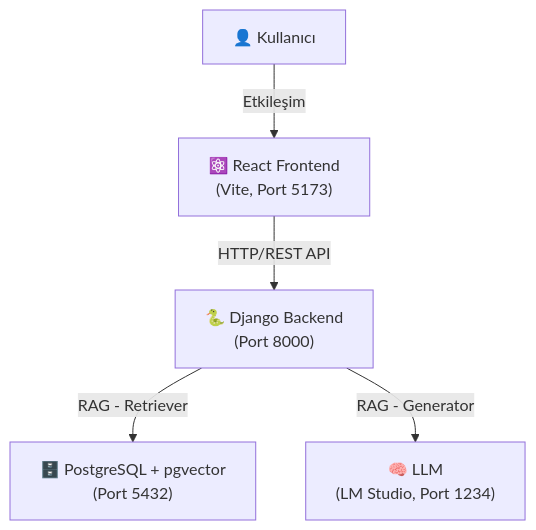
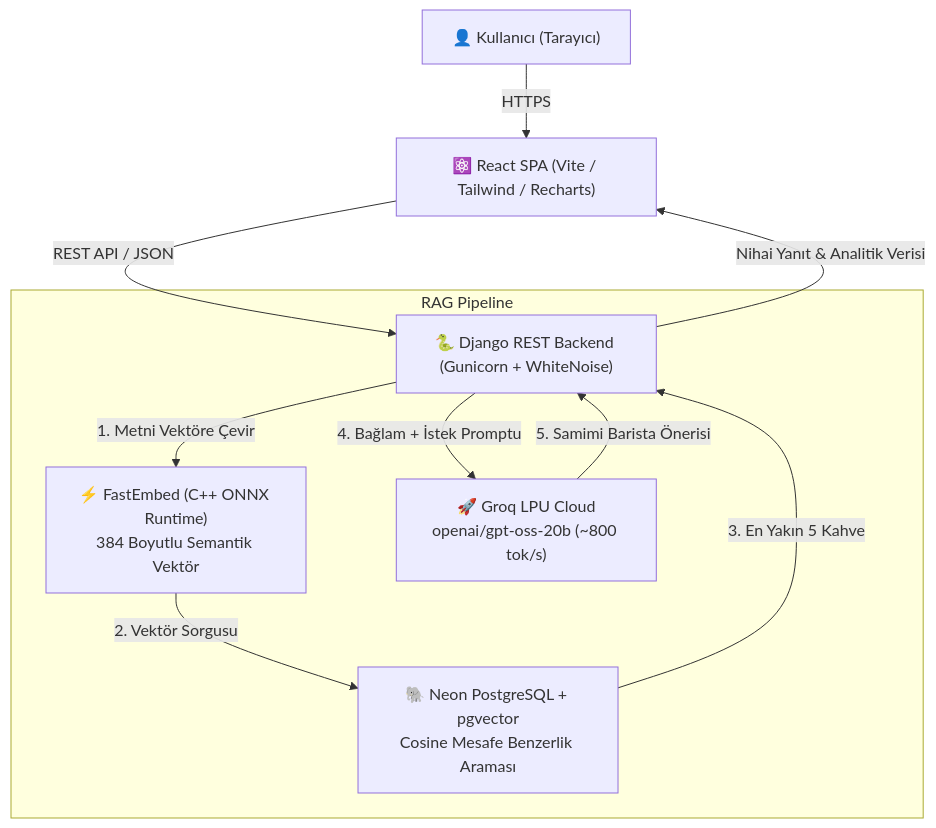
One commit to ahmeterenzengin/BrewMind changed the diagram in README.md. Above: the diagram before and after it, drawn with Mermaid. The commit also changed other lines of this file and 1 other file, not shown here.

Commit message:
docs: Update README.md and .env.example with live architecture, Groq LPU, and FastEmbed optimizations

````diff
--- a/README.md
+++ b/README.md
@@ -9,7 +26,15 @@
 ```mermaid
 graph TD
-    A["👤 Kullanıcı"] -->|Etkileşim| B["⚛️ React Frontend<br/>(Vite, Port 5173)"]
-    B -->|HTTP/REST API| C["🐍 Django Backend<br/>(Port 8000)"]
-    C -->|RAG - Retriever| D["🗄️ PostgreSQL + pgvector<br/>(Port 5432)"]
-    C -->|RAG - Generator| E["🧠 LLM<br/>(LM Studio, Port 1234)"]
+    User["👤 Kullanıcı (Tarayıcı)"] -->|HTTPS| SPA["⚛️ React SPA (Vite / Tailwind / Recharts)"]
+    SPA -->|REST API / JSON| Django["🐍 Django REST Backend (Gunicorn + WhiteNoise)"]
+    
+    subgraph RAG Pipeline
+        Django -->|1. Metni Vektöre Çevir| FastEmbed["⚡ FastEmbed (C++ ONNX Runtime)<br/>384 Boyutlu Semantik Vektör"]
+        FastEmbed -->|2. Vektör Sorgusu| Neon["🐘 Neon PostgreSQL + pgvector<br/>Cosine Mesafe Benzerlik Araması"]
+        Neon -->|3. En Yakın 5 Kahve| Django
+        Django -->|4. Bağlam + İstek Promptu| Groq["🚀 Groq LPU Cloud<br/>openai/gpt-oss-20b (~800 tok/s)"]
+        Groq -->|5. Samimi Barista Önerisi| Django
+    end
+
+    Django -->|Nihai Yanıt & Analitik Verisi| SPA
 ```
````
